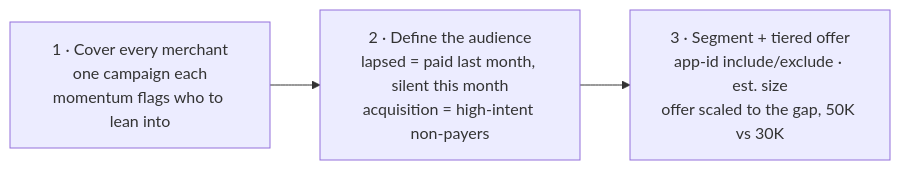
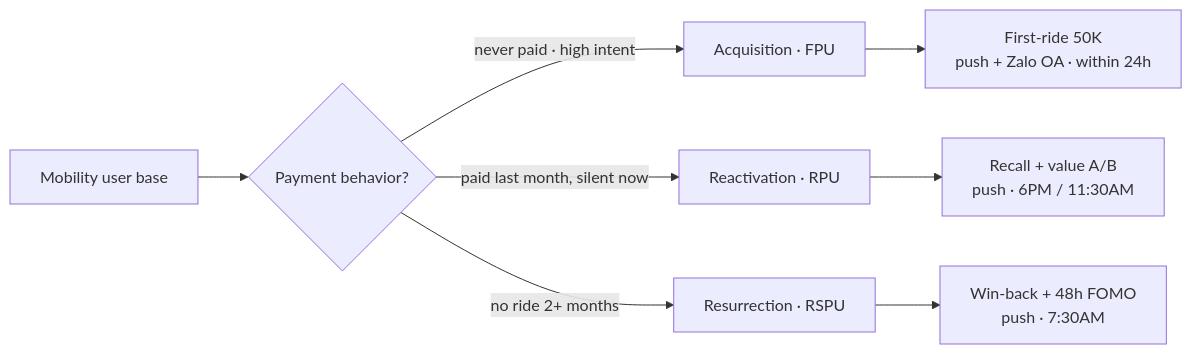
The fourth of 5 diagrams in README.md (thai-max-nguyen/claw-a-thon-demo-agent-mvp), drawn with Mermaid before and after one commit. The commit also changed other lines of this file, not shown here.

````diff
--- a/README.md
+++ b/README.md
@@ -153,7 +153,10 @@
 ```mermaid
 flowchart LR
-  R["1 · Cover every merchant<br/>one campaign each<br/>momentum flags who to lean into"]
-  D["2 · Define the audience<br/>lapsed = paid last month, silent this month<br/>acquisition = high-intent non-payers"]
-  C["3 · Segment + tiered offer<br/>app-id include/exclude · est. size<br/>offer scaled to the gap, 50K vs 30K"]
-  R --> D --> C
+  U["Mobility user base"] --> B{"Payment behavior?"}
+  B -->|"never paid · high intent"| FPU["Acquisition · FPU"]
+  B -->|"paid last month, silent now"| RPU["Reactivation · RPU"]
+  B -->|"no ride 2+ months"| RSPU["Resurrection · RSPU"]
+  FPU --> PF["First-ride 50K<br/>push + Zalo OA · within 24h"]
+  RPU --> PR["Recall + value A/B<br/>push · 6PM / 11:30AM"]
+  RSPU --> PS["Win-back + 48h FOMO<br/>push · 7:30AM"]
 ```
````
